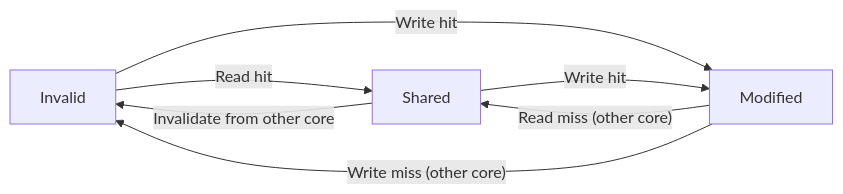
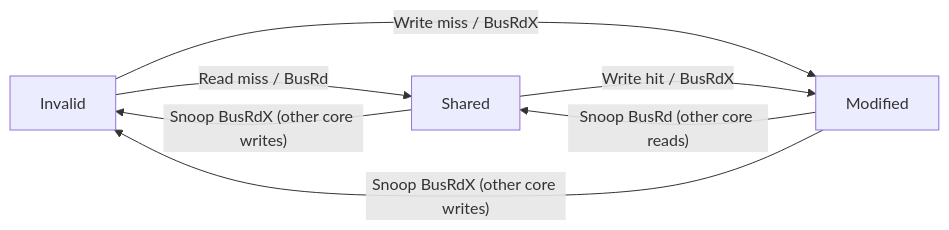
One commit to vanos001/placement_prep changed the second of 6 diagrams in src/arch/cpu/cache-coherence.md. Above: the diagram before and after it, drawn with Mermaid. The commit also changed 23 other files, not shown here.

````diff
--- a/src/arch/cpu/cache-coherence.md
+++ b/src/arch/cpu/cache-coherence.md
@@ -42,9 +42,9 @@
 ```mermaid
 flowchart LR
-    I[Invalid] -->|Read hit| S[Shared]
-    I -->|Write hit| M[Modified]
-    S -->|Write hit| M
-    M -->|"Read miss (other core)"| S
-    M -->|"Write miss (other core)"| I
-    S -->|Invalidate from other core| I
+    I[Invalid] -->|Read miss / BusRd| S[Shared]
+    I -->|Write miss / BusRdX| M[Modified]
+    S -->|Write hit / BusRdX| M
+    M -->|"Snoop BusRd (other core reads)"| S
+    M -->|"Snoop BusRdX (other core writes)"| I
+    S -->|"Snoop BusRdX (other core writes)"| I
 ```
````
